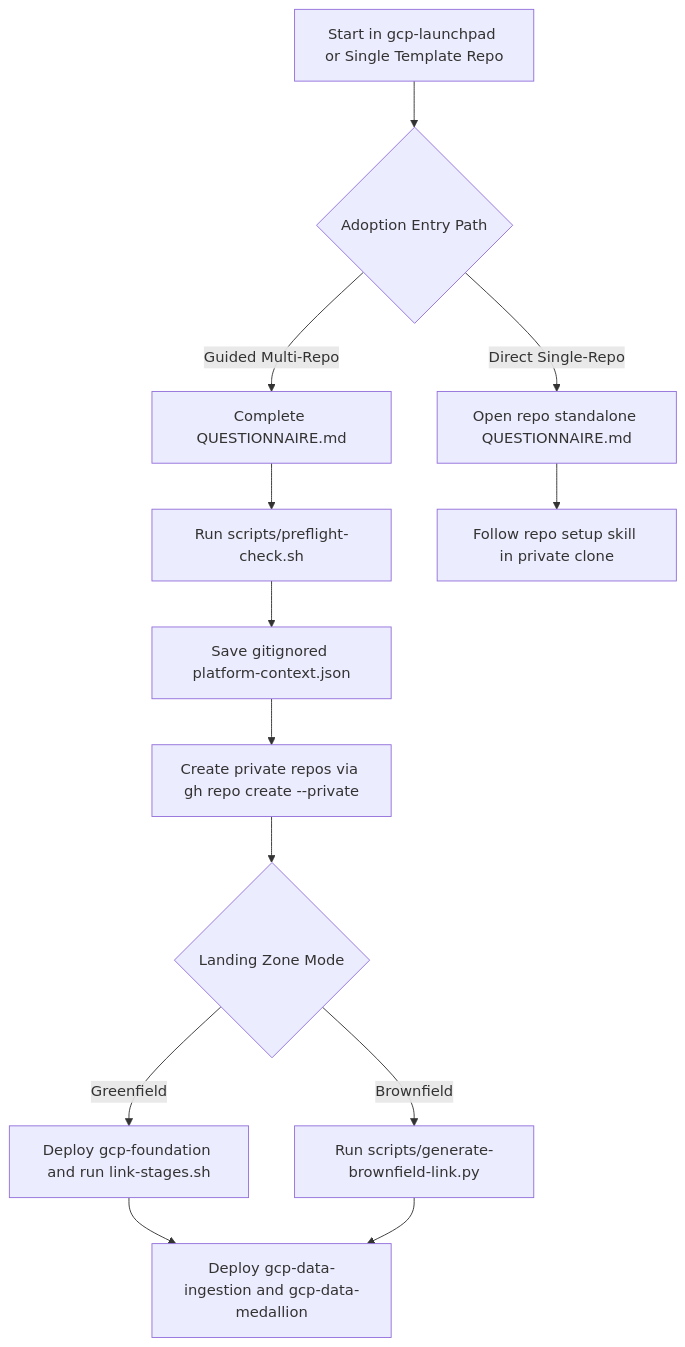
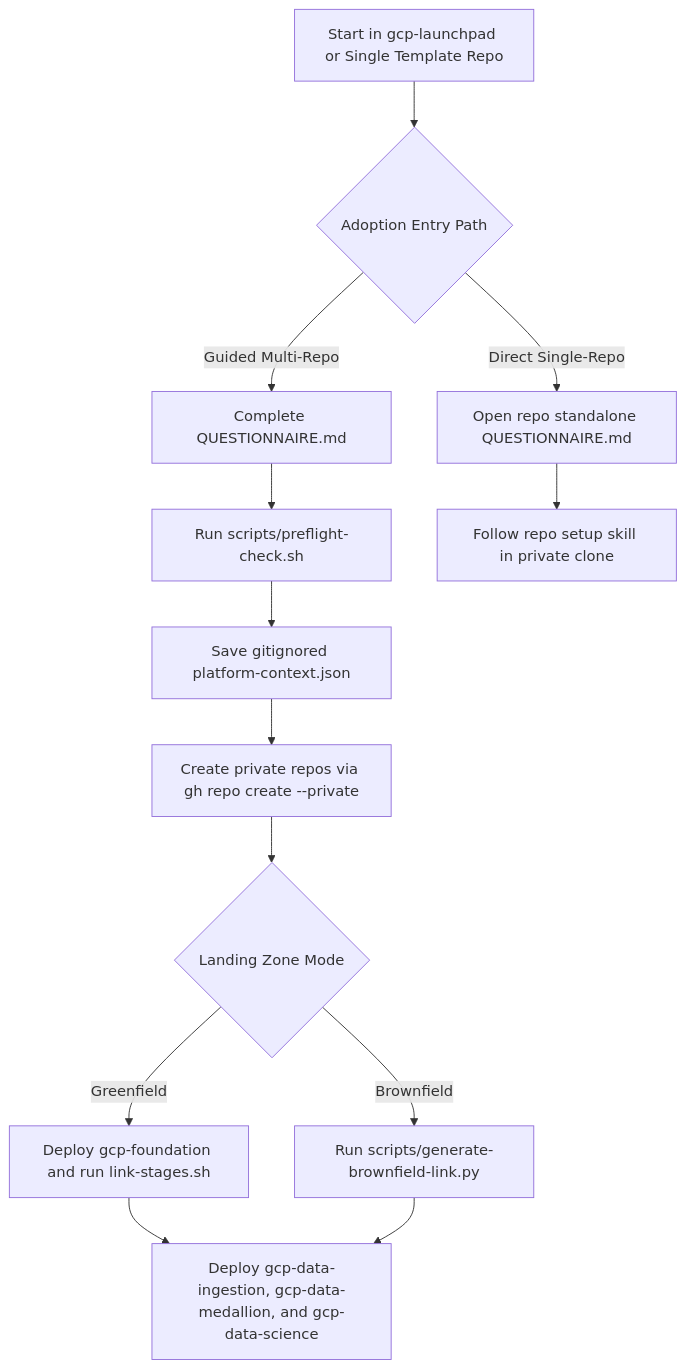
The diagram in README.md (choo737/gcp-launchpad), drawn with Mermaid before and after one commit. The commit also changed other lines of this file and 14 other files, not shown here.

Commit message:
feat: add Data Science intake, D16 XAI scanner check, and SHA-256 leak guards

````diff
--- a/README.md
+++ b/README.md
@@ -41,15 +42,15 @@
 ```mermaid
 flowchart TD
     A["Start in gcp-launchpad or Single Template Repo"] --> B{"Adoption Entry Path"}
     B -- "Guided Multi-Repo" --> C["Complete QUESTIONNAIRE.md"]
     C --> D["Run scripts/preflight-check.sh"]
     D --> E["Save gitignored platform-context.json"]
     E --> F["Create private repos via gh repo create --private"]
     F --> G{"Landing Zone Mode"}
     G -- "Greenfield" --> H["Deploy gcp-foundation and run link-stages.sh"]
     G -- "Brownfield" --> I["Run scripts/generate-brownfield-link.py"]
-    H --> J["Deploy gcp-data-ingestion and gcp-data-medallion"]
+    H --> J["Deploy gcp-data-ingestion, gcp-data-medallion, and gcp-data-science"]
     I --> J
     B -- "Direct Single-Repo" --> K["Open repo standalone QUESTIONNAIRE.md"]
     K --> L["Follow repo setup skill in private clone"]
 ```
````
